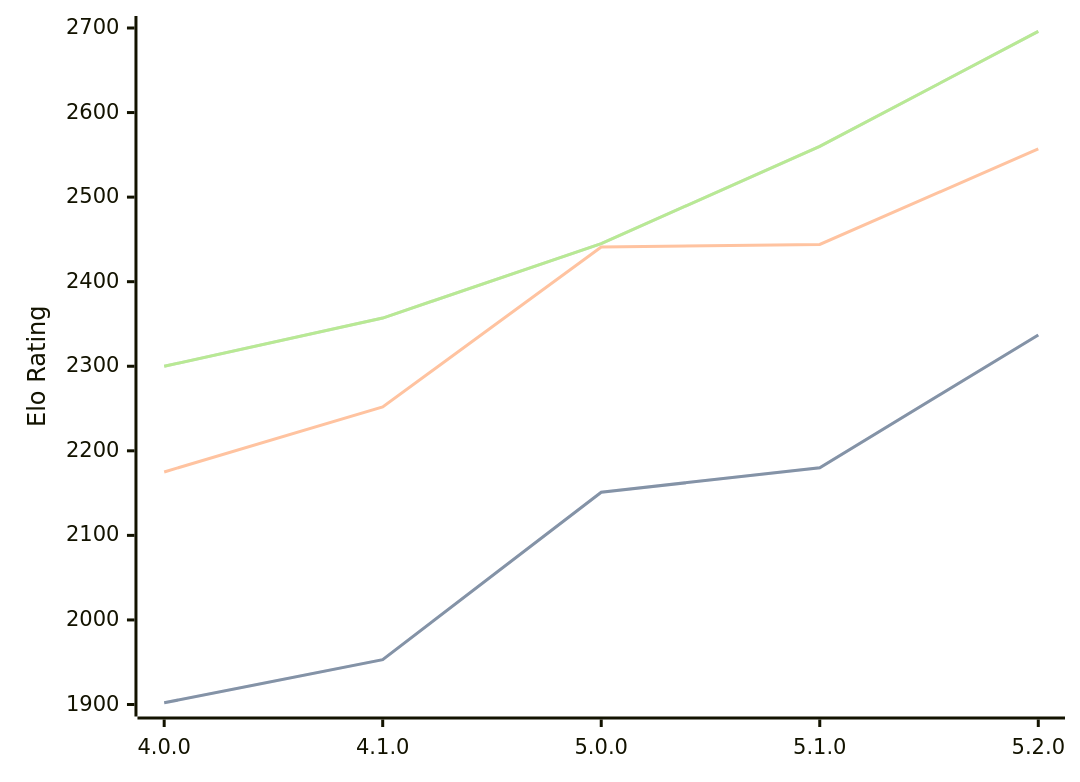
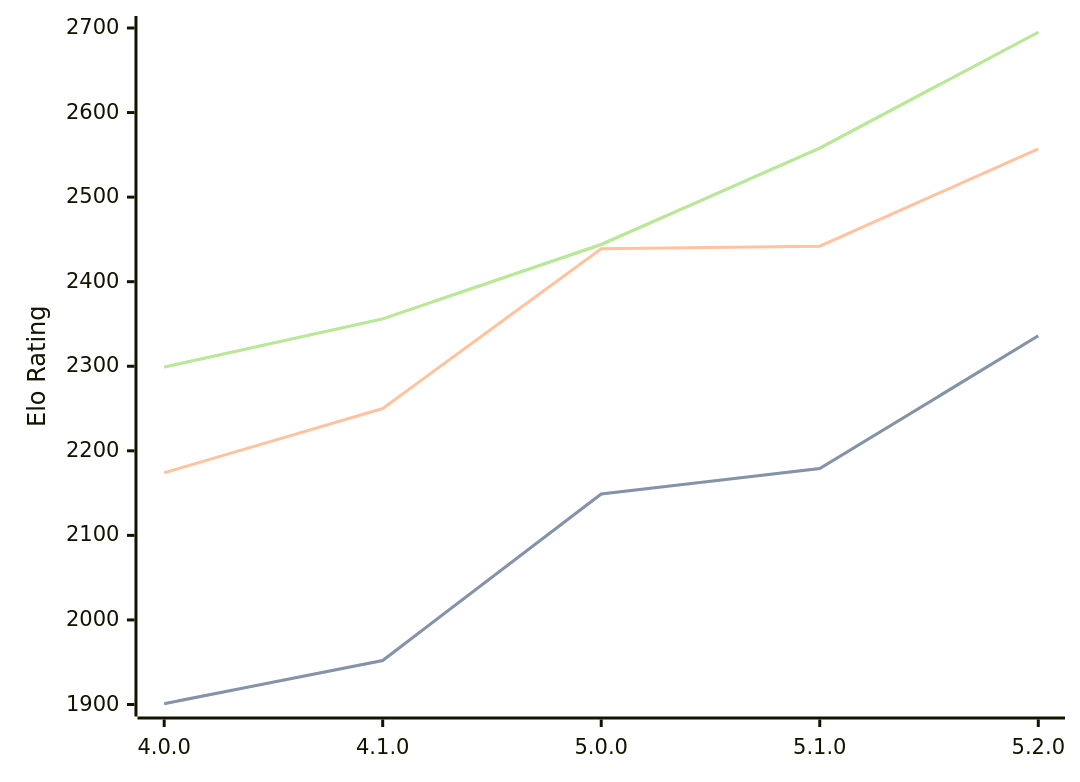
One commit to computer-chess-index/cci changed the third of 3 diagrams in engines/Aconcagua.md. Above: the diagram before and after it, drawn with Mermaid. The commit also changed other lines of this file, not shown here.

Commit message:
Update CCI Ratings (ELO VLTC) - 2026-06-26

````diff
--- a/engines/Aconcagua.md
+++ b/engines/Aconcagua.md
@@ -77,11 +77,11 @@
 ```mermaid
 %%{init: {"theme":"base","themeVariables":{"seriesColors:['#a3a3a3','#222221','#faa371']}}}%%
 xychart-beta
   x-axis ["4.0.0", "4.1.0", "5.0.0", "5.1.0", "5.2.0"]
   y-axis "Elo Rating" 1900 --> 2700
-  line "STC (8.0+0.08s)" [1902, 1953, 2151, 2180, 2337]
-  line "STC (8.0+0.08s)" [1902, 1953, 2151, 2180, 2337]
-  line "LTC (60.0+0.60s)" [2175, 2252, 2441, 2444, 2557]
-  line "VLTC (2m24s+1.12s)" [2300, 2357, 2445, 2560, 2696]
-  line "VLTC (2m24s+1.12s)" [2300, 2357, 2445, 2560, 2696]
+  line "STC (8.0+0.08s)" [1901, 1952, 2149, 2179, 2336]
+  line "STC (8.0+0.08s)" [1901, 1952, 2149, 2179, 2336]
+  line "LTC (60.0+0.60s)" [2174, 2250, 2439, 2442, 2557]
+  line "VLTC (2m24s+1.12s)" [2299, 2356, 2444, 2558, 2695]
+  line "VLTC (2m24s+1.12s)" [2299, 2356, 2444, 2558, 2695]
 ```
````
